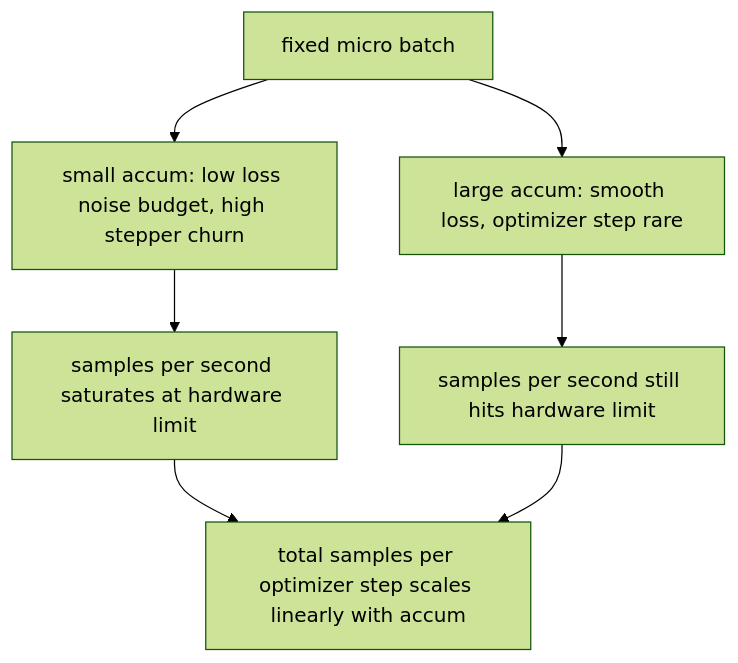
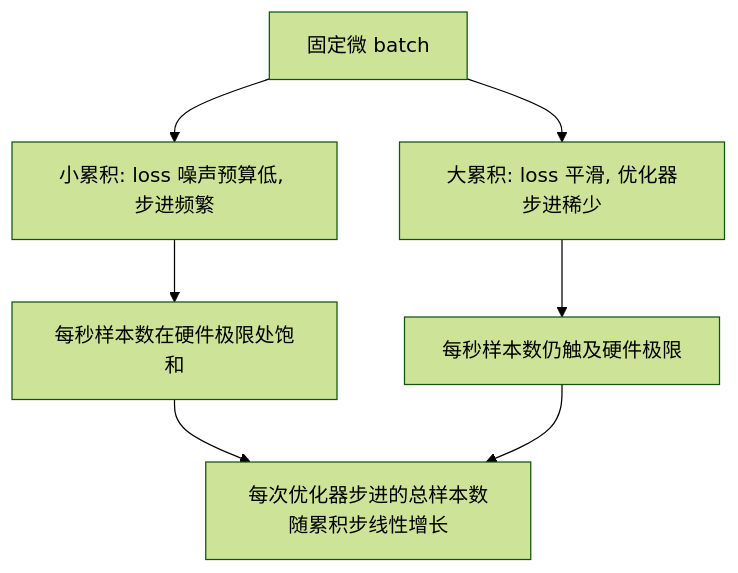
The second of 2 diagrams in phases/19-capstone-projects/46-gradient-accumulation/docs/zh.md (alessandrodinisio-ai/ai-engineering-learning-framework), drawn with Mermaid (forest theme) before and after one commit. The commit also changed other lines of this file and 120 other files, not shown here.

First line of the commit message:
i18n(mermaid): 337 个 mermaid 图表标签中文化

````diff
--- a/phases/19-capstone-projects/46-gradient-accumulation/docs/zh.md
+++ b/phases/19-capstone-projects/46-gradient-accumulation/docs/zh.md
@@ -66,9 +66,9 @@
 ```mermaid
 flowchart TD
-  micro[fixed micro batch] --> small[small accum: low loss noise budget, high stepper churn]
-  micro --> large[large accum: smooth loss, optimizer step rare]
-  small --> sps1[samples per second saturates at hardware limit]
-  large --> sps2[samples per second still hits hardware limit]
-  sps1 --> note[total samples per optimizer step scales linearly with accum]
+  micro[固定微 batch] --> small[小累积: loss 噪声预算低, 步进频繁]
+  micro --> large[大累积: loss 平滑, 优化器步进稀少]
+  small --> sps1[每秒样本数在硬件极限处饱和]
+  large --> sps2[每秒样本数仍触及硬件极限]
+  sps1 --> note[每次优化器步进的总样本数随累积步线性增长]
   sps2 --> note
 ```
````
